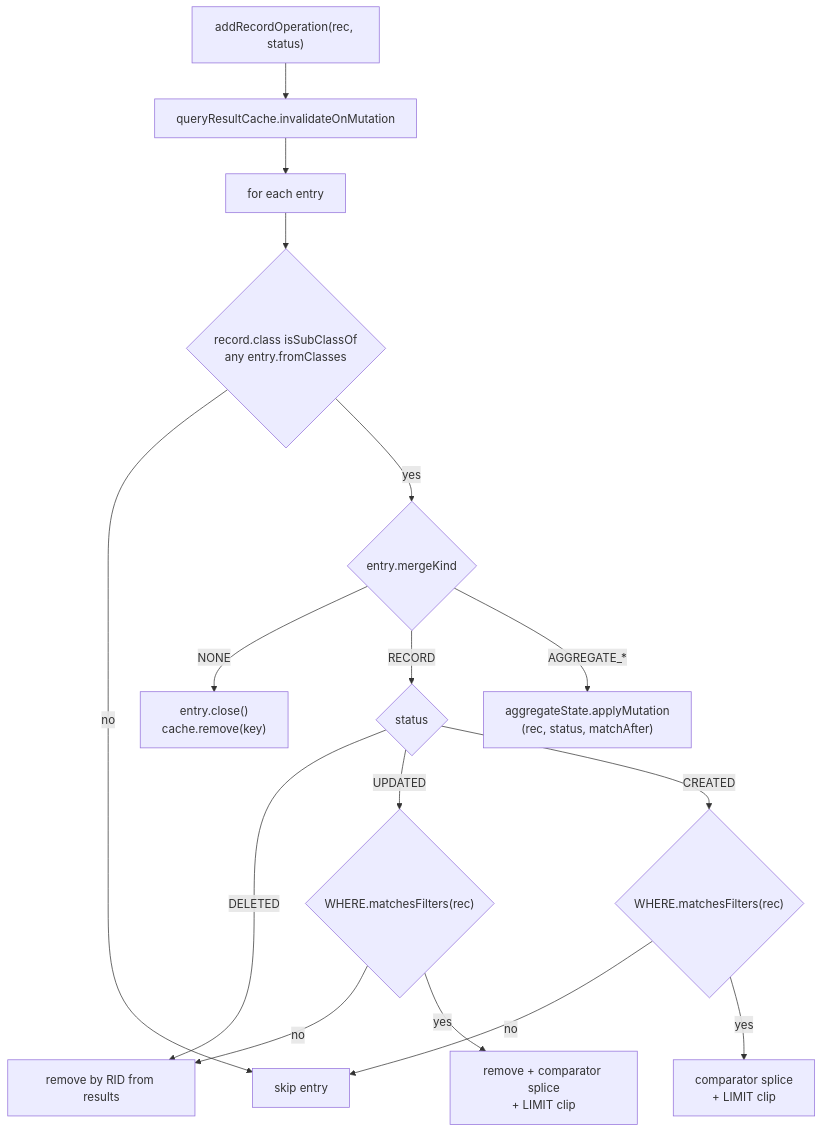
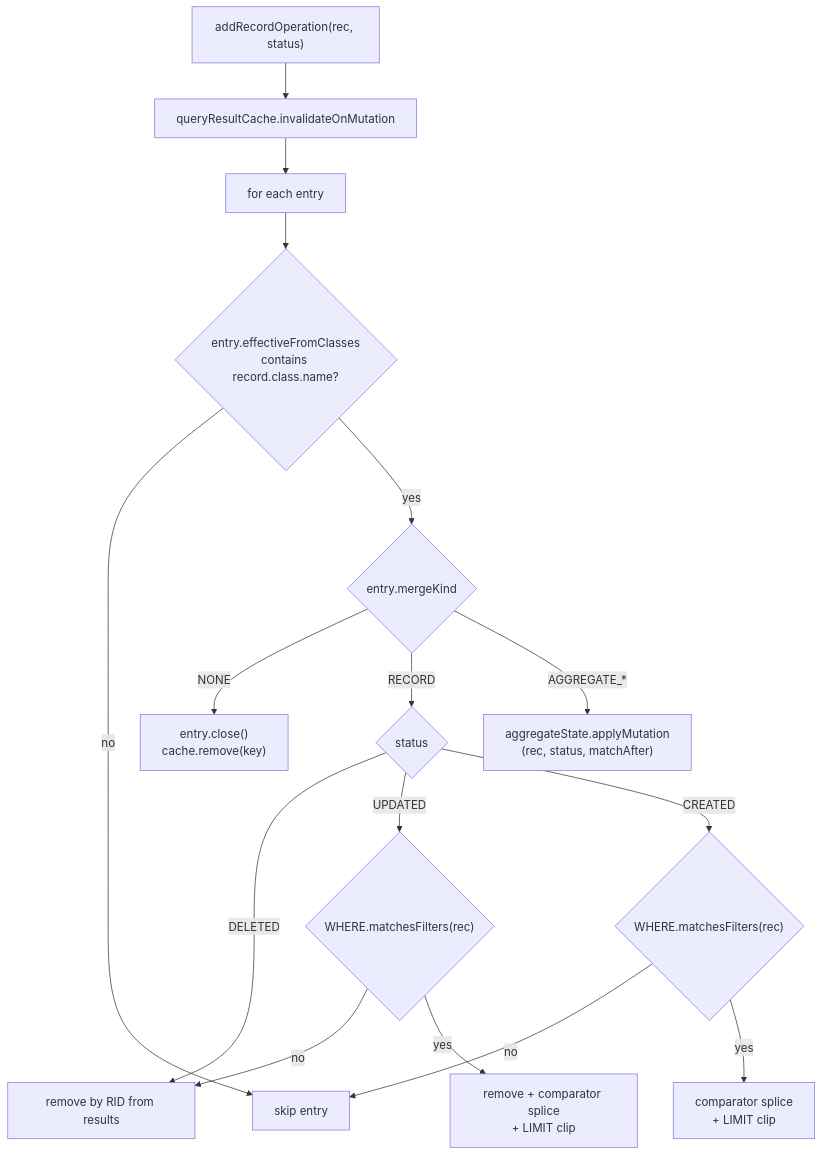
The diagram in docs/adr/YTDB-820-tx-result-cache/_workflow/plan/track-4.md (JetBrains/youtrackdb), drawn with Mermaid before and after one commit. The commit also changed other lines of this file and 6 other files, not shown here.

First line of the commit message:
Trim bulk-bypass list + add D11 effectiveFromClasses closure

````diff
--- a/docs/adr/YTDB-820-tx-result-cache/_workflow/plan/track-4.md
+++ b/docs/adr/YTDB-820-tx-result-cache/_workflow/plan/track-4.md
@@ -145,18 +145,18 @@
 ```mermaid
 flowchart TD
     Mut["addRecordOperation(rec, status)"] --> Cache["queryResultCache.invalidateOnMutation"]
     Cache --> Iter["for each entry"]
-    Iter --> Class{"record.class isSubClassOf<br/>any entry.fromClasses"}
+    Iter --> Class{"entry.effectiveFromClasses<br/>contains record.class.name?"}
     Class -->|no| Skip[skip entry]
     Class -->|yes| Kind{"entry.mergeKind"}
     Kind -->|NONE| K0["entry.close()<br/>cache.remove(key)"]
     Kind -->|RECORD| RecDispatch{"status"}
     Kind -->|AGGREGATE_*| AggApply["aggregateState.applyMutation<br/>(rec, status, matchAfter)"]
     RecDispatch -->|DELETED| Remove["remove by RID from results"]
     RecDispatch -->|UPDATED| Where{"WHERE.matchesFilters(rec)"}
     Where -->|no| Remove
     Where -->|yes| Resort["remove + comparator splice<br/>+ LIMIT clip"]
     RecDispatch -->|CREATED| Where2{"WHERE.matchesFilters(rec)"}
     Where2 -->|no| Skip
     Where2 -->|yes| Splice["comparator splice<br/>+ LIMIT clip"]
 ```
````
